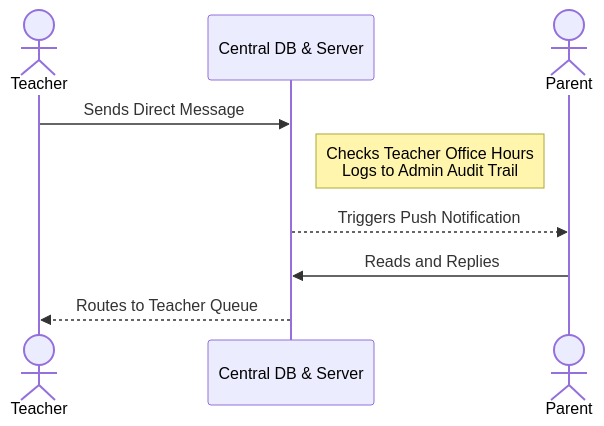
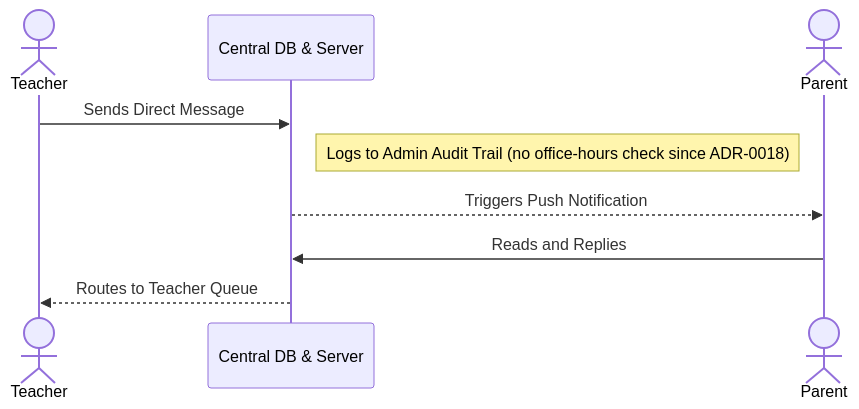
One commit to eddy7896/OSCH changed the eighth of 15 diagrams in documentation/OruSchools SSOT.md. Above: the diagram before and after it, drawn with Mermaid. The commit also changed other lines of this file and 5 other files, not shown here.

````diff
--- a/documentation/OruSchools SSOT.md
+++ b/documentation/OruSchools SSOT.md
@@ -223,12 +223,12 @@
 ```mermaid
 sequenceDiagram
     actor Teacher
     participant DB as Central DB & Server
     actor Parent
     
     Teacher->>DB: Sends Direct Message
-    Note right of DB: Checks Teacher Office Hours<br/>Logs to Admin Audit Trail
+    Note right of DB: Logs to Admin Audit Trail (no office-hours check since ADR-0018)
     DB-->>Parent: Triggers Push Notification
     Parent->>DB: Reads and Replies
     DB-->>Teacher: Routes to Teacher Queue
 ```
````
